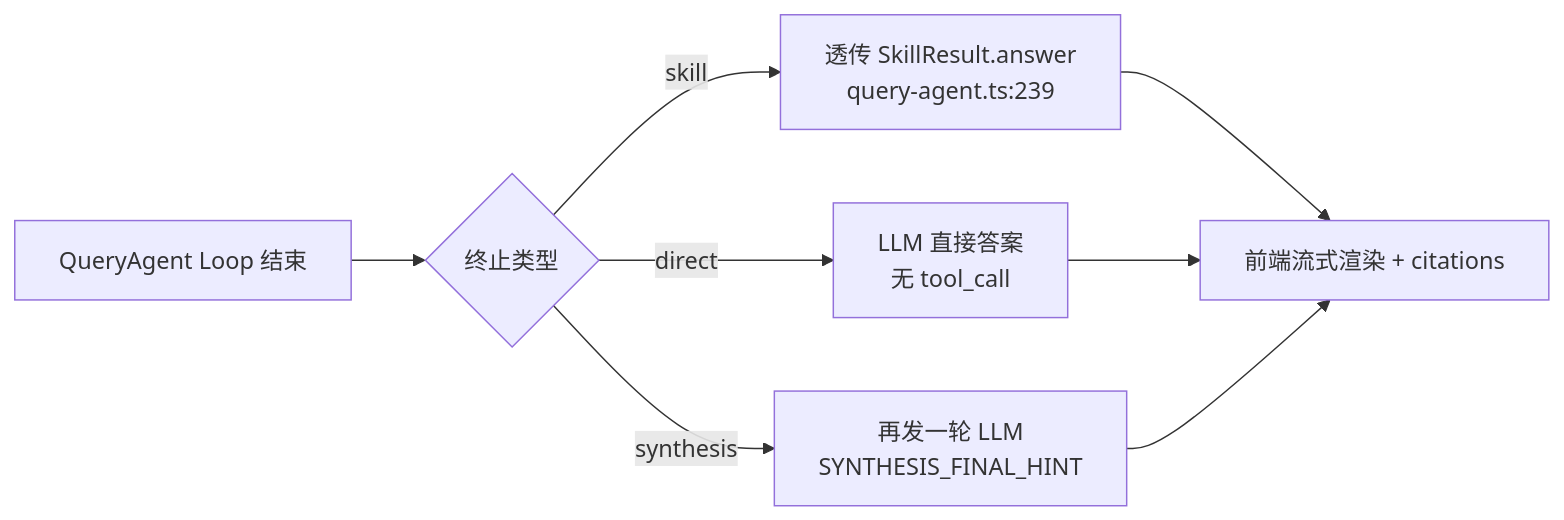
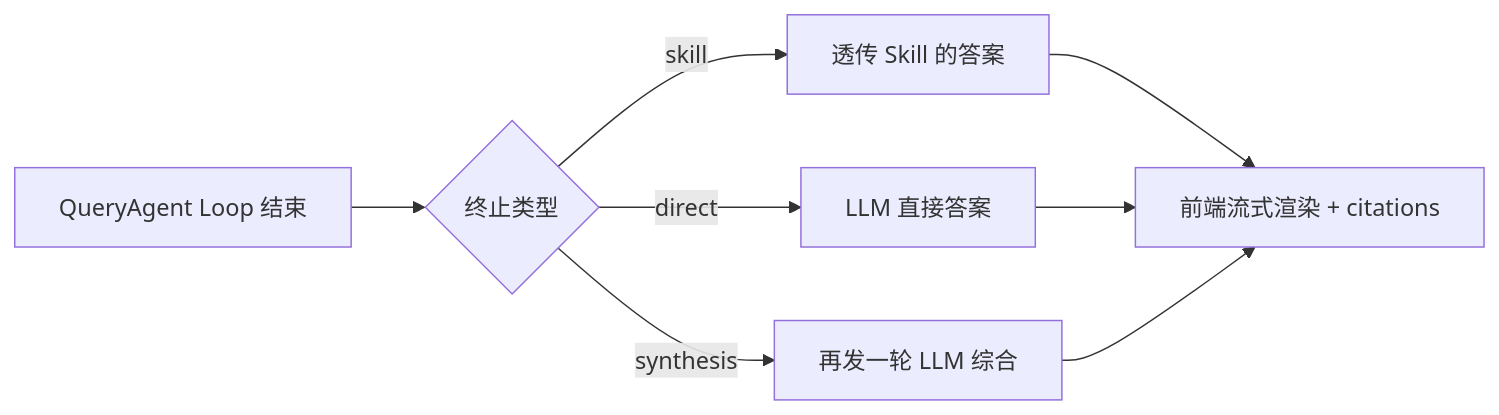
Before and after one commit to MJ666-K/KB-Core: the fifth of 10 diagrams in docs/流程图设计说明.md, drawn with Mermaid. The commit also changed other lines of this file, not shown here.

````diff
--- a/docs/流程图设计说明.md
+++ b/docs/流程图设计说明.md
@@ -322,11 +250,11 @@
 ```mermaid
 flowchart LR
-    A[QueryAgent Loop 结束] --> B{终止类型}
-    B -->|skill| C[透传 SkillResult.answer<br/>query-agent.ts:239]
-    B -->|direct| D[LLM 直接答案<br/>无 tool_call]
-    B -->|synthesis| E[再发一轮 LLM<br/>SYNTHESIS_FINAL_HINT]
+    A["QueryAgent Loop 结束"] --> B{"终止类型"}
+    B -->|skill| C["透传 Skill 的答案"]
+    B -->|direct| D["LLM 直接答案"]
+    B -->|synthesis| E["再发一轮 LLM 综合"]
 
-    C --> F[前端流式渲染 + citations]
+    C --> F["前端流式渲染 + citations"]
     D --> F
     E --> F
 ```
````
